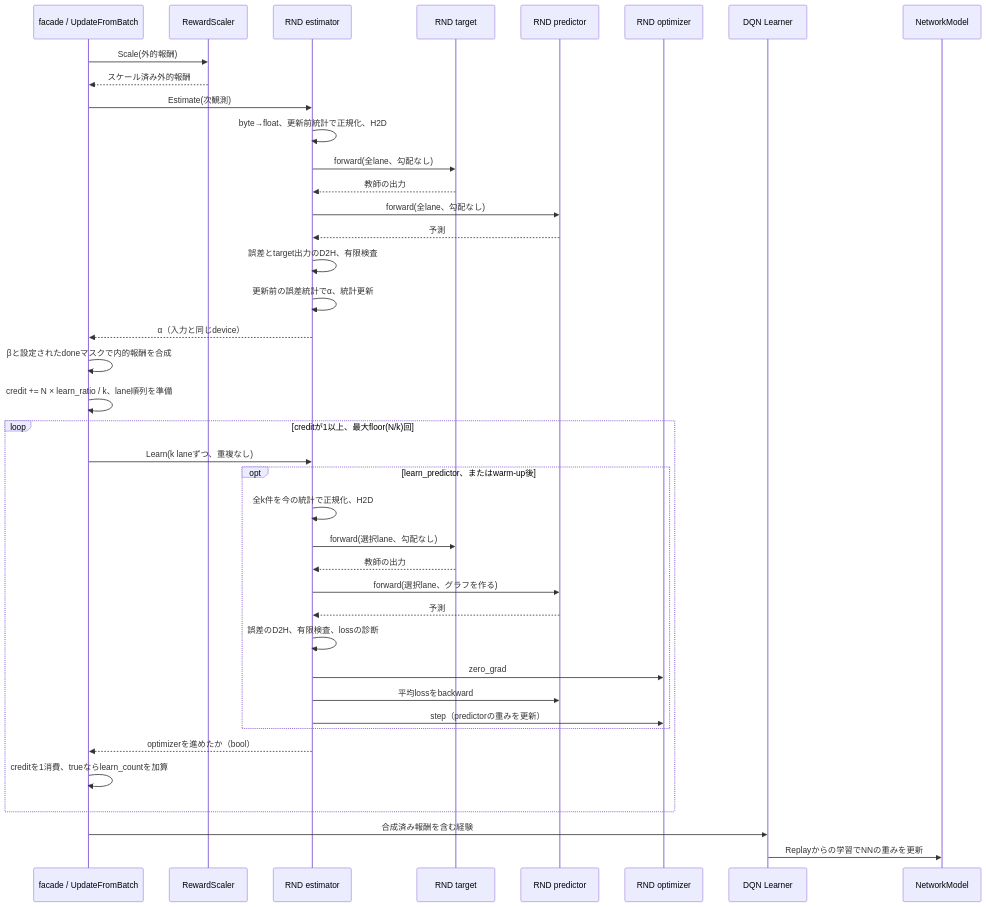
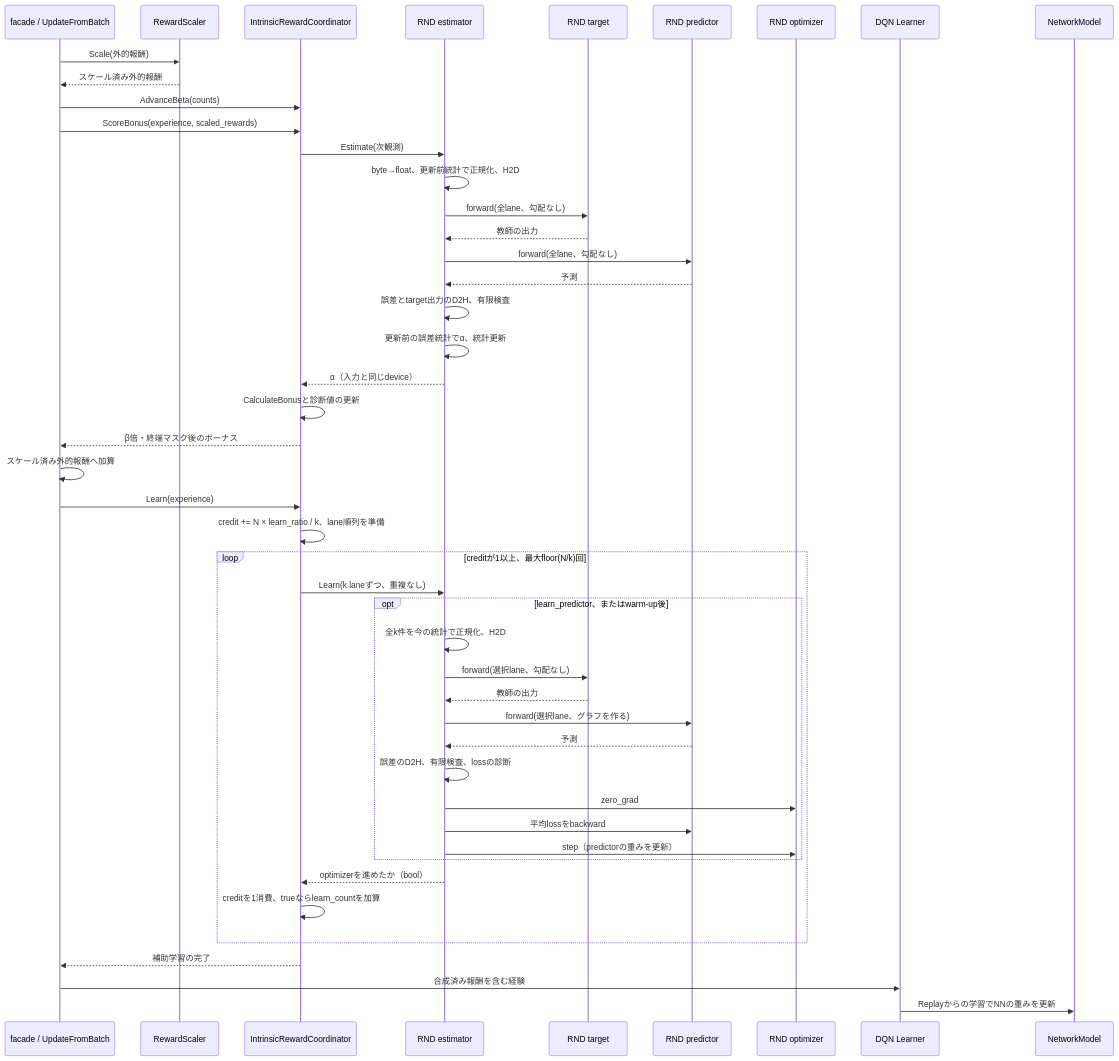
Before and after one commit to kazukin123/anet-lab: the second of 2 diagrams in docs/design/212_rnd_lifelong_novelty.en.md, drawn with Mermaid. The commit also changed other lines of this file and 38 other files, not shown here.

````diff
--- a/docs/design/212_rnd_lifelong_novelty.en.md
+++ b/docs/design/212_rnd_lifelong_novelty.en.md
@@ -275,42 +276,49 @@
 ```mermaid
 sequenceDiagram
     participant F as facade / UpdateFromBatch
     participant S as RewardScaler
+    participant C as IntrinsicRewardCoordinator
     participant R as RND estimator
     participant T as RND target
     participant P as RND predictor
     participant O as RND optimizer
     participant L as DQN Learner
     participant N as NetworkModel
     F->>S: Scale(外的報酬)
     S-->>F: スケール済み外的報酬
-    F->>R: Estimate(次観測)
+    F->>C: AdvanceBeta(counts)
+    F->>C: ScoreBonus(experience, scaled_rewards)
+    C->>R: Estimate(次観測)
     R->>R: byte→float、更新前統計で正規化、H2D
     R->>T: forward(全lane、勾配なし)
     T-->>R: 教師の出力
     R->>P: forward(全lane、勾配なし)
     P-->>R: 予測
     R->>R: 誤差とtarget出力のD2H、有限検査
     R->>R: 更新前の誤差統計でα、統計更新
-    R-->>F: α（入力と同じdevice）
-    F->>F: βと設定されたdoneマスクで内的報酬を合成
-    F->>F: credit += N × learn_ratio / k、lane順列を準備
+    R-->>C: α（入力と同じdevice）
+    C->>C: CalculateBonusと診断値の更新
+    C-->>F: β倍・終端マスク後のボーナス
+    F->>F: スケール済み外的報酬へ加算
+    F->>C: Learn(experience)
+    C->>C: credit += N × learn_ratio / k、lane順列を準備
     loop creditが1以上、最大floor(N/k)回
-        F->>R: Learn(k laneずつ、重複なし)
+        C->>R: Learn(k laneずつ、重複なし)
         opt learn_predictor、またはwarm-up後
         R->>R: 全k件を今の統計で正規化、H2D
         R->>T: forward(選択lane、勾配なし)
         T-->>R: 教師の出力
         R->>P: forward(選択lane、グラフを作る)
         P-->>R: 予測
         R->>R: 誤差のD2H、有限検査、lossの診断
         R->>O: zero_grad
         R->>P: 平均lossをbackward
         R->>O: step（predictorの重みを更新）
         end
-        R-->>F: optimizerを進めたか（bool）
-        F->>F: creditを1消費、trueならlearn_countを加算
+        R-->>C: optimizerを進めたか（bool）
+        C->>C: creditを1消費、trueならlearn_countを加算
     end
+    C-->>F: 補助学習の完了
     F->>L: 合成済み報酬を含む経験
     L->>N: Replayからの学習でNNの重みを更新
 ```
````
